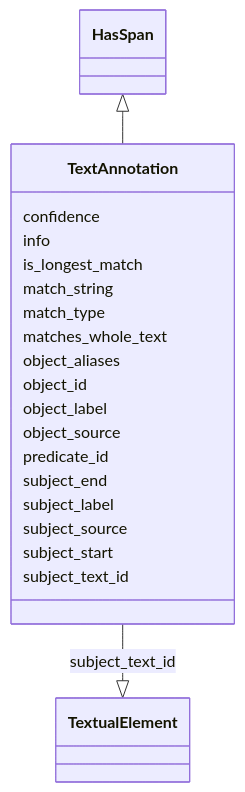
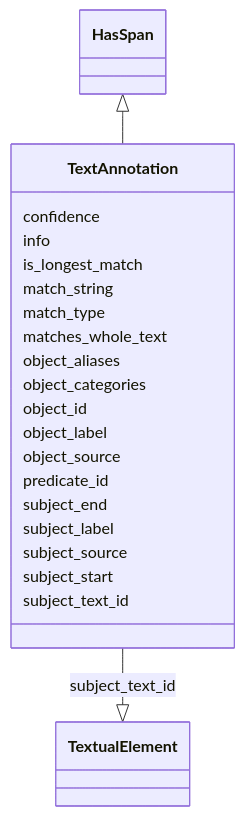
The diagram in text-annotator/TextAnnotation.md (INCATools/ontology-access-kit), drawn with Mermaid before and after one commit. The commit also changed other lines of this file and 34 other files, not shown here.

````diff
--- a/text-annotator/TextAnnotation.md
+++ b/text-annotator/TextAnnotation.md
@@ -15,41 +15,43 @@
 ```{mermaid}
  classDiagram
     class TextAnnotation
       HasSpan <|-- TextAnnotation
       
       TextAnnotation : confidence
         
       TextAnnotation : info
         
       TextAnnotation : is_longest_match
         
       TextAnnotation : match_string
         
       TextAnnotation : match_type
         
       TextAnnotation : matches_whole_text
         
       TextAnnotation : object_aliases
+        
+      TextAnnotation : object_categories
         
       TextAnnotation : object_id
         
       TextAnnotation : object_label
         
       TextAnnotation : object_source
         
       TextAnnotation : predicate_id
         
       TextAnnotation : subject_end
         
       TextAnnotation : subject_label
         
       TextAnnotation : subject_source
         
       TextAnnotation : subject_start
         
       TextAnnotation : subject_text_id
         
           TextAnnotation --|> TextualElement : subject_text_id
         
       
 ```
````
